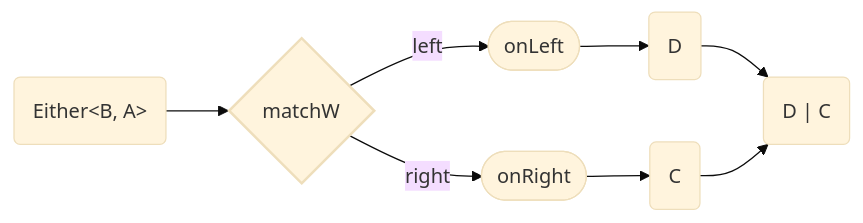
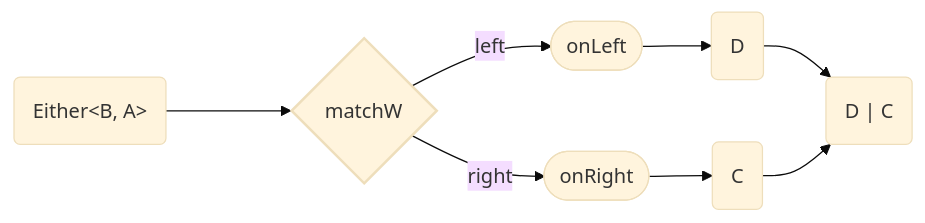
Before and after one commit to adamjosefus/fp-ts-examples: the seventh of 9 diagrams in Either.md, drawn with Mermaid (base theme). The commit also changed other lines of this file, not shown here.

````diff
--- a/Either.md
+++ b/Either.md
@@ -258,20 +347,20 @@
 ```mermaid
 flowchart LR
     style matchW stroke-width: 2px
 
     input( Either<<span>B, A</span>> )
     matchW{ matchW }
     onLeft([ onLeft ])
     onRight([ onRight ])
     leftOutput( D )
     rightOutput( C )
     output("D | C")
 
-    input --> matchW
+    input ---> matchW
     matchW --> | left | onLeft
     matchW --> | right | onRight
     onLeft --> leftOutput
     onRight --> rightOutput
     leftOutput --> output
     rightOutput --> output
 ```
````
